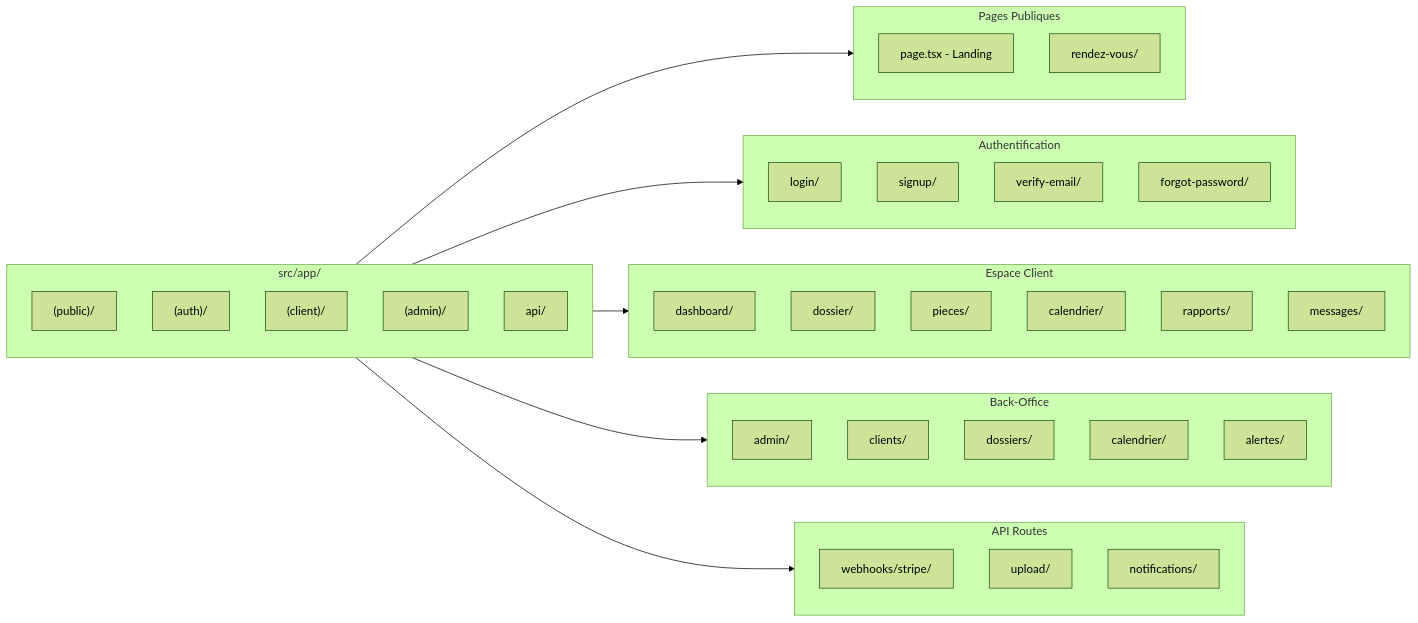
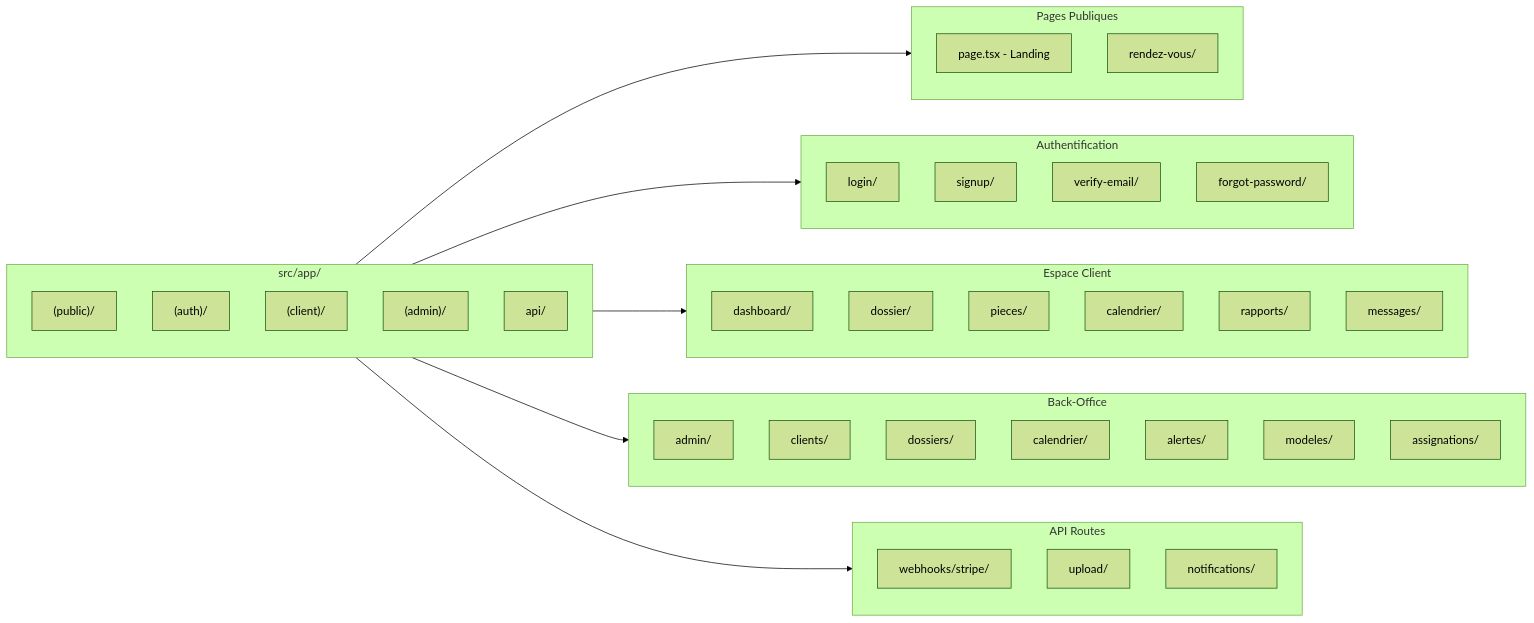
One commit to NMajster/Corentin-app changed the seventh of 8 diagrams in PLAN.md. Above: the diagram before and after it, drawn with Mermaid (forest theme). The commit also changed other lines of this file, not shown here.

Commit message:
Ajout système génération assignations (modèles, éditeur, export PDF, bordereau)

````diff
--- a/PLAN.md
+++ b/PLAN.md
@@ -263,52 +437,54 @@
 ```mermaid
 flowchart LR
     subgraph APP["src/app/"]
         direction TB
         PUBLIC["(public)/"]
         AUTH["(auth)/"]
         CLIENT["(client)/"]
         ADMIN["(admin)/"]
         API["api/"]
     end
 
     subgraph PUBLIC_PAGES["Pages Publiques"]
         LP2[page.tsx - Landing]
         RDV[rendez-vous/]
     end
 
     subgraph AUTH_PAGES["Authentification"]
         LOGIN2[login/]
         SIGNUP2[signup/]
         VERIFY2[verify-email/]
         FORGOT[forgot-password/]
     end
 
     subgraph CLIENT_PAGES["Espace Client"]
         DASH[dashboard/]
         DOSSIER[dossier/]
         PIECES[pieces/]
         CAL[calendrier/]
         REPORTS2[rapports/]
         MSG[messages/]
     end
 
     subgraph ADMIN_PAGES["Back-Office"]
         ADASH2[admin/]
         CLIENTS2[clients/]
         DOSSIERS2[dossiers/]
         CALENDAR2[calendrier/]
         ALERTS2[alertes/]
+        TEMPLATES2[modeles/]
+        ASSIGNATIONS2[assignations/]
     end
 
     subgraph API_ROUTES["API Routes"]
         WEBHOOK[webhooks/stripe/]
         UPLOAD[upload/]
         NOTIF[notifications/]
     end
 
     PUBLIC --> PUBLIC_PAGES
     AUTH --> AUTH_PAGES
     CLIENT --> CLIENT_PAGES
     ADMIN --> ADMIN_PAGES
     API --> API_ROUTES
 ```
````
